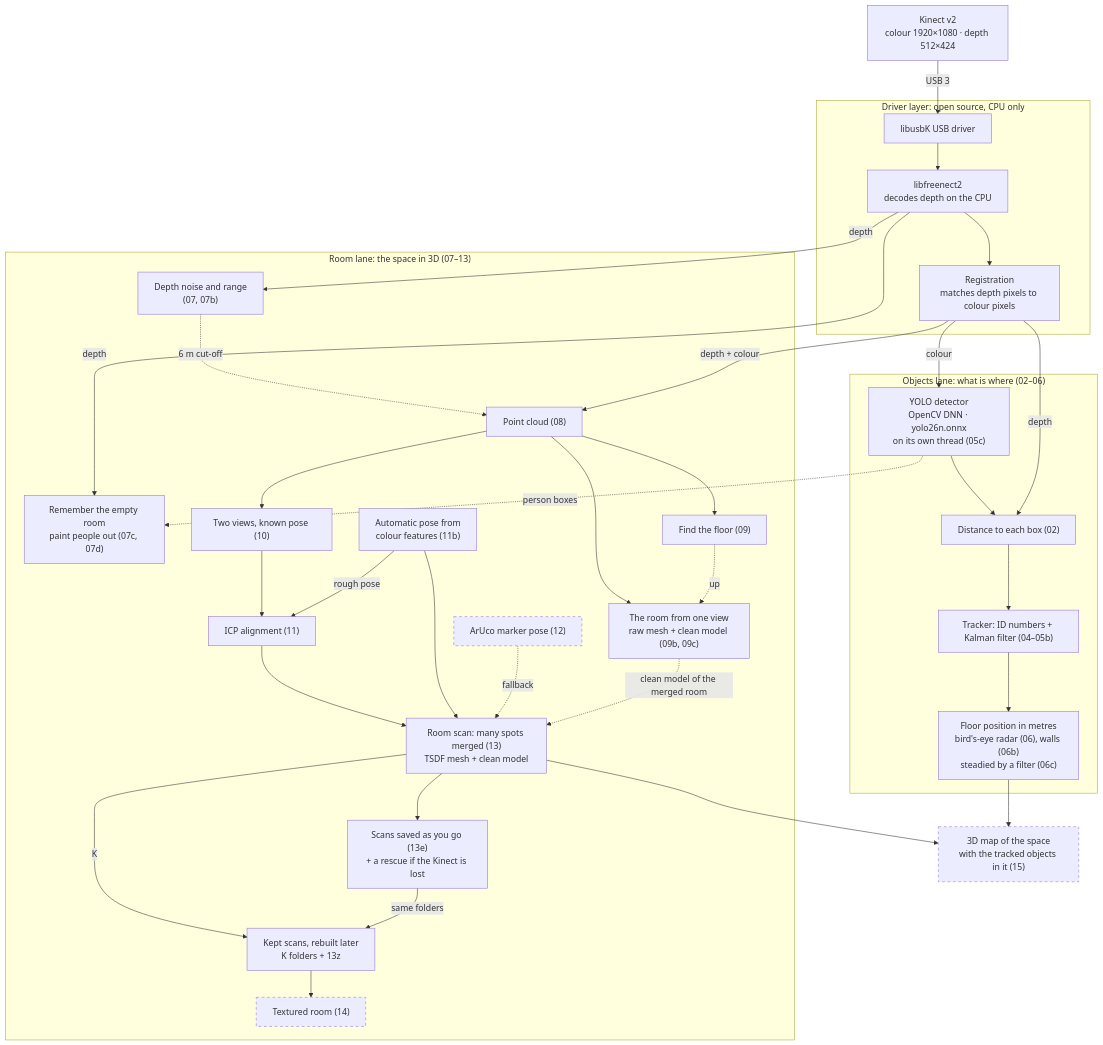
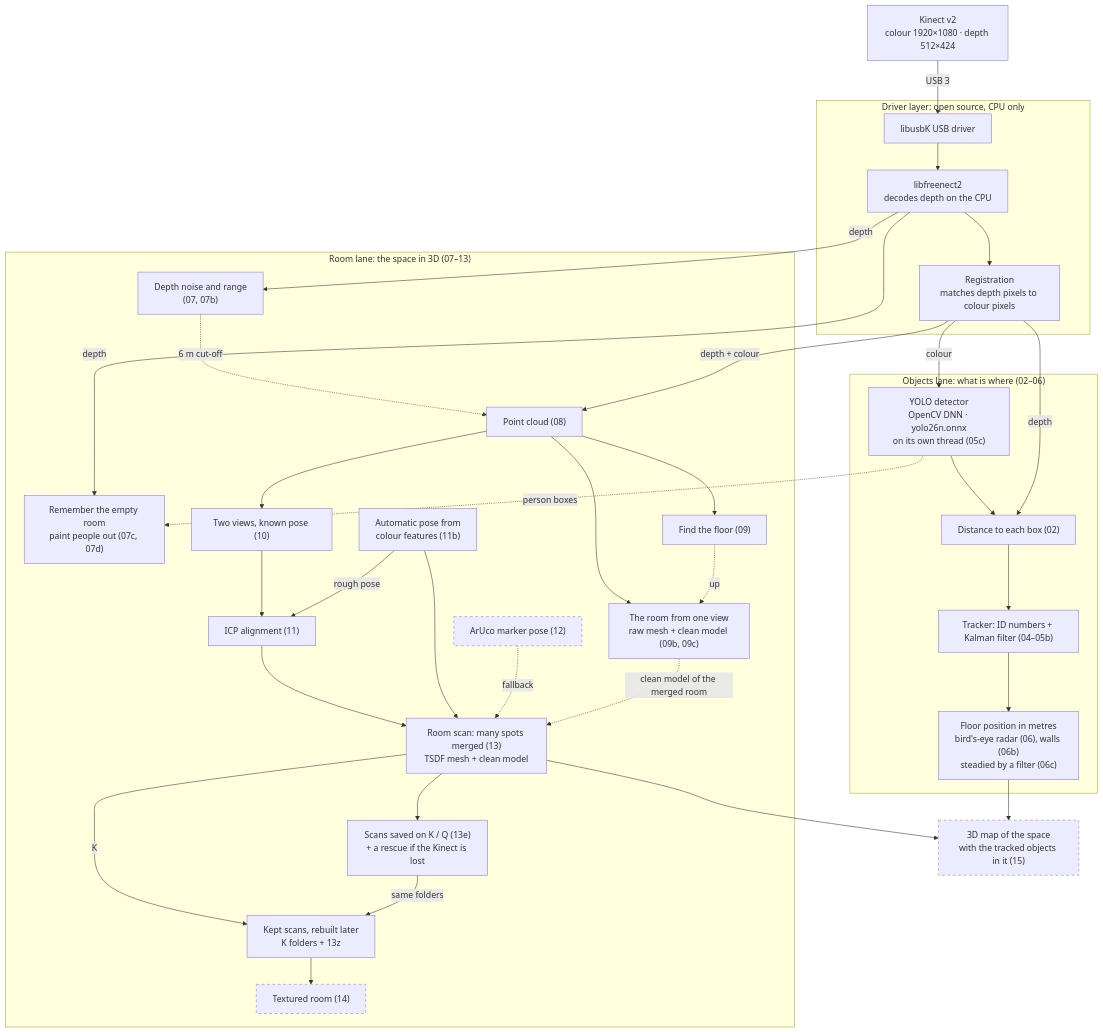
Before and after one commit to Kramav/Spotter: the diagram in README.md, drawn with Mermaid. The commit also changed other lines of this file and 24 other files, not shown here.

````diff
--- a/README.md
+++ b/README.md
@@ -17,59 +17,59 @@
 ```mermaid
 flowchart TB
     K["Kinect v2<br/>colour 1920×1080 · depth 512×424"]
 
     subgraph DRV["Driver layer: open source, CPU only"]
         U["libusbK USB driver"] --> F["libfreenect2<br/>decodes depth on the CPU"]
         F --> R["Registration<br/>matches depth pixels to colour pixels"]
     end
     K -->|USB 3| U
 
     subgraph OBJ["Objects lane: what is where (02–06)"]
         Y["YOLO detector<br/>OpenCV DNN · yolo26n.onnx<br/>on its own thread (05c)"]
         D["Distance to each box (02)"]
         T["Tracker: ID numbers + Kalman filter (04–05b)"]
         X["Floor position in metres<br/>bird's-eye radar (06), walls (06b)<br/>steadied by a filter (06c)"]
         Y --> D --> T --> X
     end
 
     subgraph ROOM["Room lane: the space in 3D (07–13)"]
         AV["Depth noise and range<br/>(07, 07b)"]
         BG["Remember the empty room<br/>paint people out (07c, 07d)"]
         PC["Point cloud (08)"]
         FL["Find the floor (09)"]
         RM["The room from one view<br/>raw mesh + clean model (09b, 09c)"]
         V11b["Automatic pose from<br/>colour features (11b)"]
         V10["Two views, known pose (10)"]
         V11["ICP alignment (11)"]
         V12["ArUco marker pose (12)"]
         V13["Room scan: many spots merged (13)<br/>TSDF mesh + clean model"]
-        SAFE["Scans saved as you go (13e)<br/>+ a rescue if the Kinect is lost"]
+        SAFE["Scans saved on K / Q (13e)<br/>+ a rescue if the Kinect is lost"]
         KEEP["Kept scans, rebuilt later<br/>K folders + 13z"]
         TEX["Textured room (14)"]
         AV -.->|6 m cut-off| PC
         PC --> FL
         PC --> RM
         FL -.->|up| RM
         PC --> V10 --> V11 --> V13
         V11b -->|rough pose| V11
         V11b --> V13
         V12 -.->|fallback| V13
         RM -.->|clean model of the merged room| V13
         V13 -->|K| KEEP --> TEX
         V13 --> SAFE -->|same folders| KEEP
     end
 
     R -->|colour| Y
     R -->|depth| D
     F -->|depth| AV
     F -->|depth| BG
     R -->|depth + colour| PC
     Y -.->|person boxes| BG
 
     MAP["3D map of the space<br/>with the tracked objects in it (15)"]
     X --> MAP
     V13 --> MAP
 
     classDef planned stroke-dasharray: 5 5
     class V12,TEX,MAP planned
 ```
````
